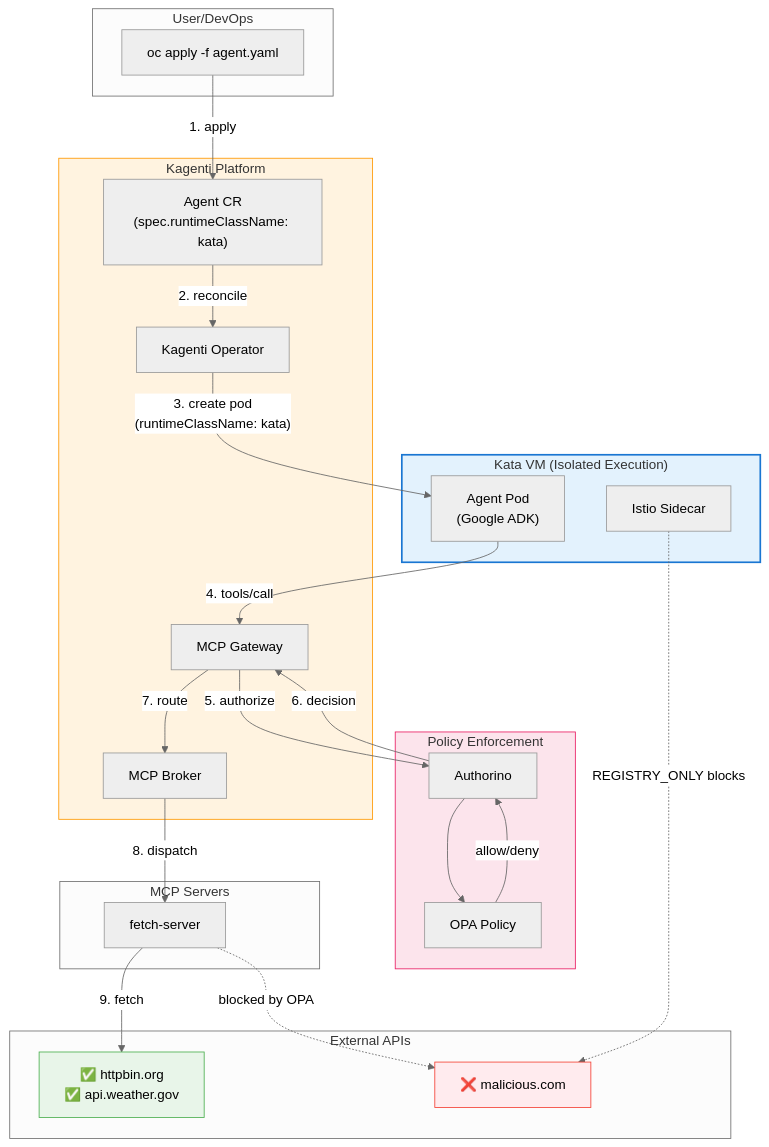
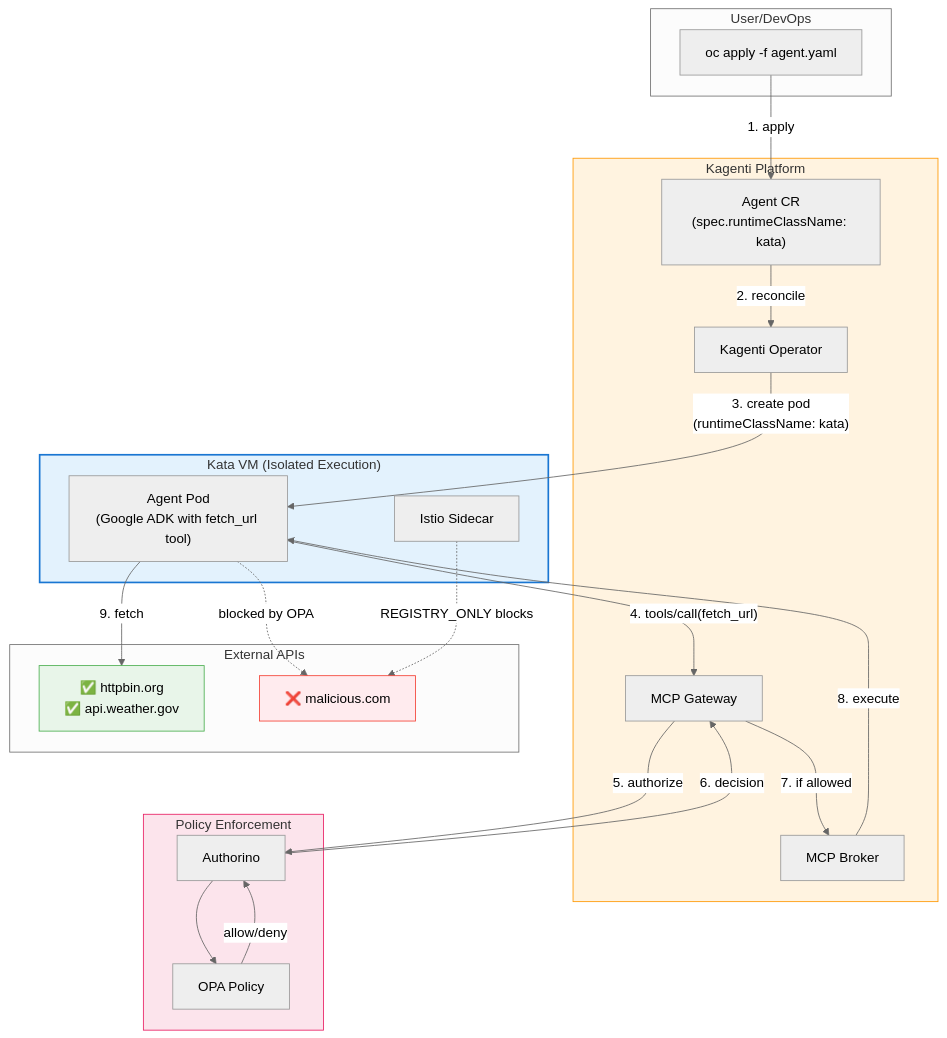
One commit to rrbanda/agent-sandbox-ocp changed the first of 3 diagrams in docs/architecture.md. Above: the diagram before and after it, drawn with Mermaid (neutral theme). The commit also changed other lines of this file and 3 other files, not shown here.

First line of the commit message:
Sync all manifests and diagrams with verified demo

````diff
--- a/docs/architecture.md
+++ b/docs/architecture.md
@@ -5,57 +7,53 @@
 ```mermaid
 flowchart TB
     subgraph User["User/DevOps"]
         Apply["oc apply -f agent.yaml"]
     end
 
     subgraph Kagenti["Kagenti Platform"]
         AgentCRD["Agent CR<br/>(spec.runtimeClassName: kata)"]
         Operator["Kagenti Operator"]
         MCPGateway["MCP Gateway"]
         Broker["MCP Broker"]
     end
 
     subgraph KataVM["Kata VM (Isolated Execution)"]
-        AgentPod["Agent Pod<br/>(Google ADK)"]
+        AgentPod["Agent Pod<br/>(Google ADK with fetch_url tool)"]
         IstioSidecar["Istio Sidecar"]
     end
 
     subgraph Policy["Policy Enforcement"]
         Authorino["Authorino"]
         OPA["OPA Policy"]
-    end
-
-    subgraph MCPBackend["MCP Servers"]
-        FetchServer["fetch-server"]
     end
 
     subgraph External["External APIs"]
         Approved["✅ httpbin.org<br/>✅ api.weather.gov"]
         Blocked["❌ malicious.com"]
     end
 
     %% Deployment flow
     Apply -->|"1. apply"| AgentCRD
     AgentCRD -->|"2. reconcile"| Operator
     Operator -->|"3. create pod<br/>(runtimeClassName: kata)"| AgentPod
 
     %% Tool call flow
-    AgentPod -->|"4. tools/call"| MCPGateway
+    AgentPod -->|"4. tools/call(fetch_url)"| MCPGateway
     MCPGateway -->|"5. authorize"| Authorino
     Authorino --> OPA
     OPA -->|"allow/deny"| Authorino
     Authorino -->|"6. decision"| MCPGateway
-    MCPGateway -->|"7. route"| Broker
-    Broker -->|"8. dispatch"| FetchServer
-    FetchServer -->|"9. fetch"| Approved
+    MCPGateway -->|"7. if allowed"| Broker
+    Broker -->|"8. execute"| AgentPod
+    AgentPod -->|"9. fetch"| Approved
 
     %% Blocked paths
-    FetchServer -.->|"blocked by OPA"| Blocked
+    AgentPod -.->|"blocked by OPA"| Blocked
     IstioSidecar -.->|"REGISTRY_ONLY blocks"| Blocked
 
     style KataVM fill:#e3f2fd,stroke:#1976d2,stroke-width:2px
     style Kagenti fill:#fff3e0,stroke:#ff9800
     style Policy fill:#fce4ec,stroke:#e91e63
     style Blocked fill:#ffebee,stroke:#f44336
     style Approved fill:#e8f5e9,stroke:#4caf50
 ```
````
